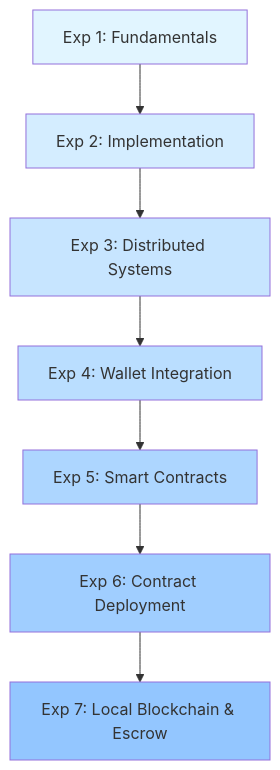
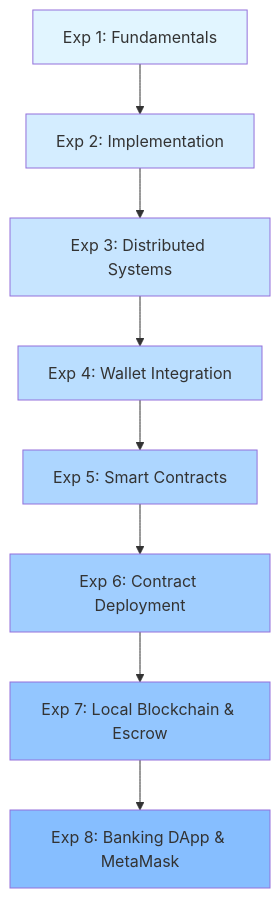
One commit to AtharvaLotankar11/Blockchain_Experiments_Atharva_Lotankar_20 changed the diagram in README.md. Above: the diagram before and after it, drawn with Mermaid. The commit also changed other lines of this file, not shown here.

````diff
--- a/README.md
+++ b/README.md
@@ -246,17 +272,19 @@
 ```mermaid
 graph TD
     A[Exp 1: Fundamentals] --> B[Exp 2: Implementation]
     B --> C[Exp 3: Distributed Systems]
     C --> D[Exp 4: Wallet Integration]
     D --> E[Exp 5: Smart Contracts]
     E --> F[Exp 6: Contract Deployment]
     F --> G[Exp 7: Local Blockchain & Escrow]
+    G --> H[Exp 8: Banking DApp & MetaMask]
 
     style A fill:#e1f5ff
     style B fill:#d4edff
     style C fill:#c7e5ff
     style D fill:#badeff
     style E fill:#add6ff
     style F fill:#a0ceff
     style G fill:#93c6ff
+    style H fill:#86beff
 ```
````
